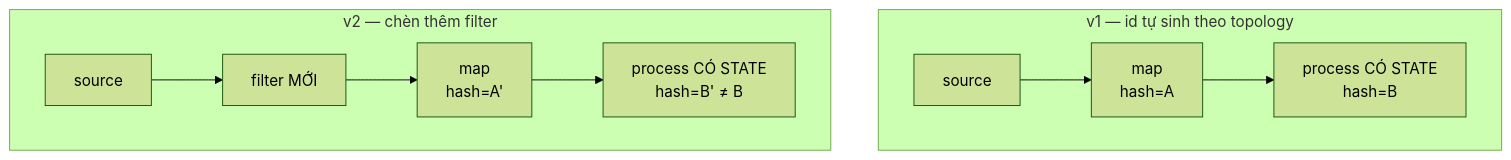
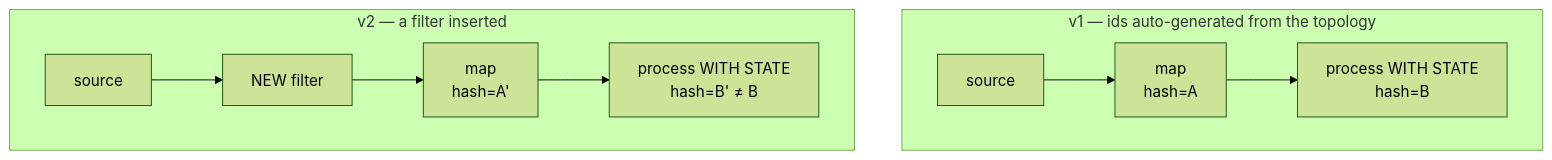
One commit to vuhoang001/knowledge changed the second of 3 diagrams in i18n/en/docusaurus-plugin-content-docs/current/etl/flink/skills/savepoint-upgrade.md. Above: the diagram before and after it, drawn with Mermaid (forest theme). The commit also changed other lines of this file and 21 other files, not shown here.

````diff
--- a/i18n/en/docusaurus-plugin-content-docs/current/etl/flink/skills/savepoint-upgrade.md
+++ b/i18n/en/docusaurus-plugin-content-docs/current/etl/flink/skills/savepoint-upgrade.md
@@ -77,9 +76,9 @@
 ```mermaid
 graph TD
-    subgraph "v1 — id tự sinh theo topology"
-        S1[source] --> M1["map<br/>hash=A"] --> P1["process CÓ STATE<br/>hash=B"]
+    subgraph "v1 — ids auto-generated from the topology"
+        S1[source] --> M1["map<br/>hash=A"] --> P1["process WITH STATE<br/>hash=B"]
     end
-    subgraph "v2 — chèn thêm filter"
-        S2[source] --> F2["filter MỚI"] --> M2["map<br/>hash=A'"] --> P2["process CÓ STATE<br/>hash=B' ≠ B"]
+    subgraph "v2 — a filter inserted"
+        S2[source] --> F2["NEW filter"] --> M2["map<br/>hash=A'"] --> P2["process WITH STATE<br/>hash=B' ≠ B"]
     end
 ```
````
